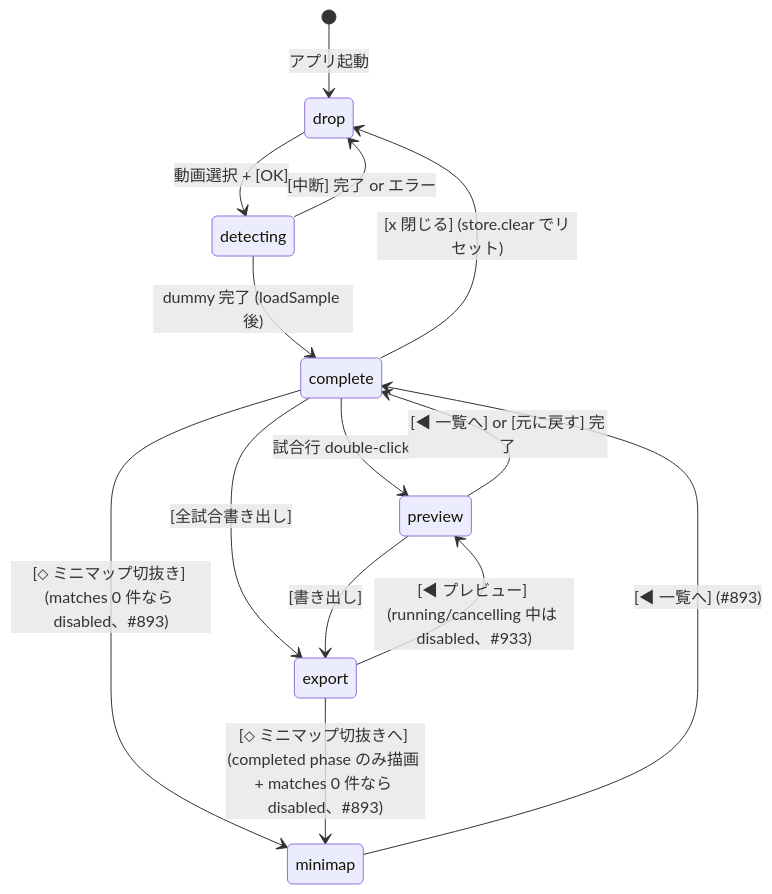
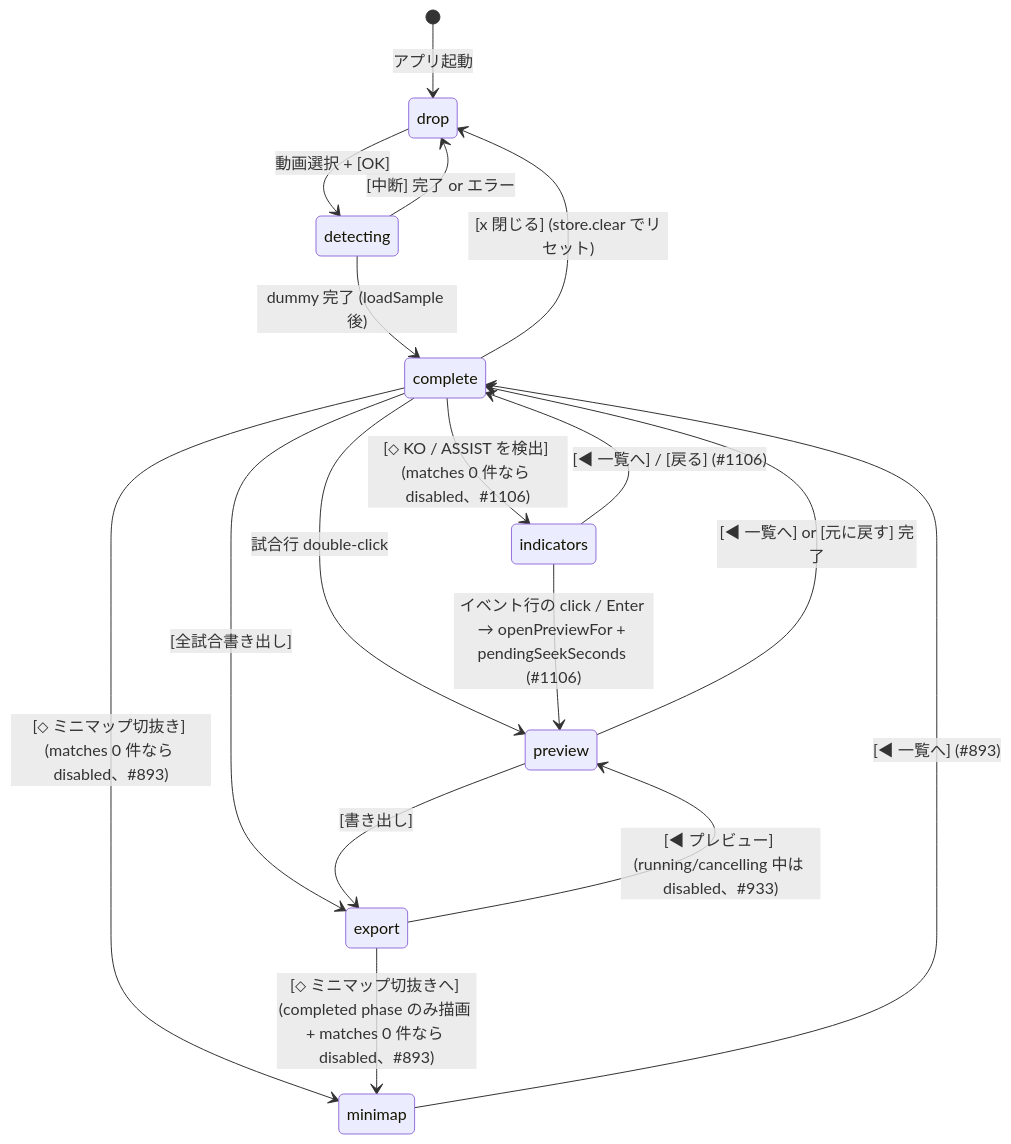
One commit to Idios/kobutachan-allaganeye changed the first of 9 diagrams in docs/ui-architecture.md. Above: the diagram before and after it, drawn with Mermaid. The commit also changed other lines of this file and 19 other files, not shown here.

````diff
--- a/docs/ui-architecture.md
+++ b/docs/ui-architecture.md
@@ -33,21 +33,25 @@
 ```mermaid
 stateDiagram-v2
     [*] --> drop: アプリ起動
 
     drop --> detecting: 動画選択 + [OK]
     detecting --> complete: dummy 完了 (loadSample 後)
     detecting --> drop: [中断] 完了 or エラー
 
     complete --> preview: 試合行 double-click
     complete --> export: [全試合書き出し]
     complete --> minimap: [⬦ ミニマップ切抜き] (matches 0 件なら disabled、#893)
+    complete --> indicators: [⬦ KO / ASSIST を検出] (matches 0 件なら disabled、#1106)
     complete --> drop: [x 閉じる] (store.clear でリセット)
 
     preview --> complete: [◀ 一覧へ] or [元に戻す] 完了
     preview --> export: [書き出し]
 
     export --> preview: [◀ プレビュー] (running/cancelling 中は disabled、#933)
     export --> minimap: [⬦ ミニマップ切抜きへ] (completed phase のみ描画 + matches 0 件なら disabled、#893)
 
     minimap --> complete: [◀ 一覧へ] (#893)
+
+    indicators --> complete: [◀ 一覧へ] / [戻る] (#1106)
+    indicators --> preview: イベント行の click / Enter → openPreviewFor + pendingSeekSeconds (#1106)
 ```
````
